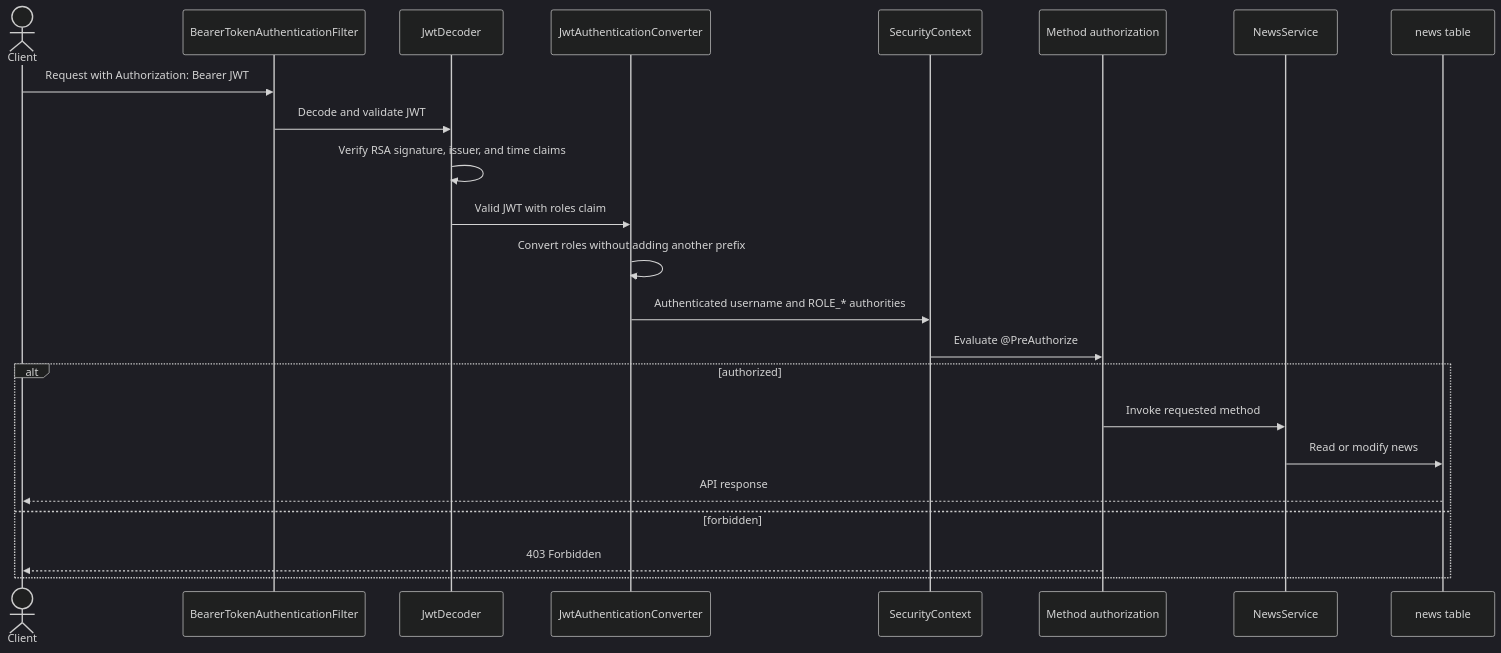
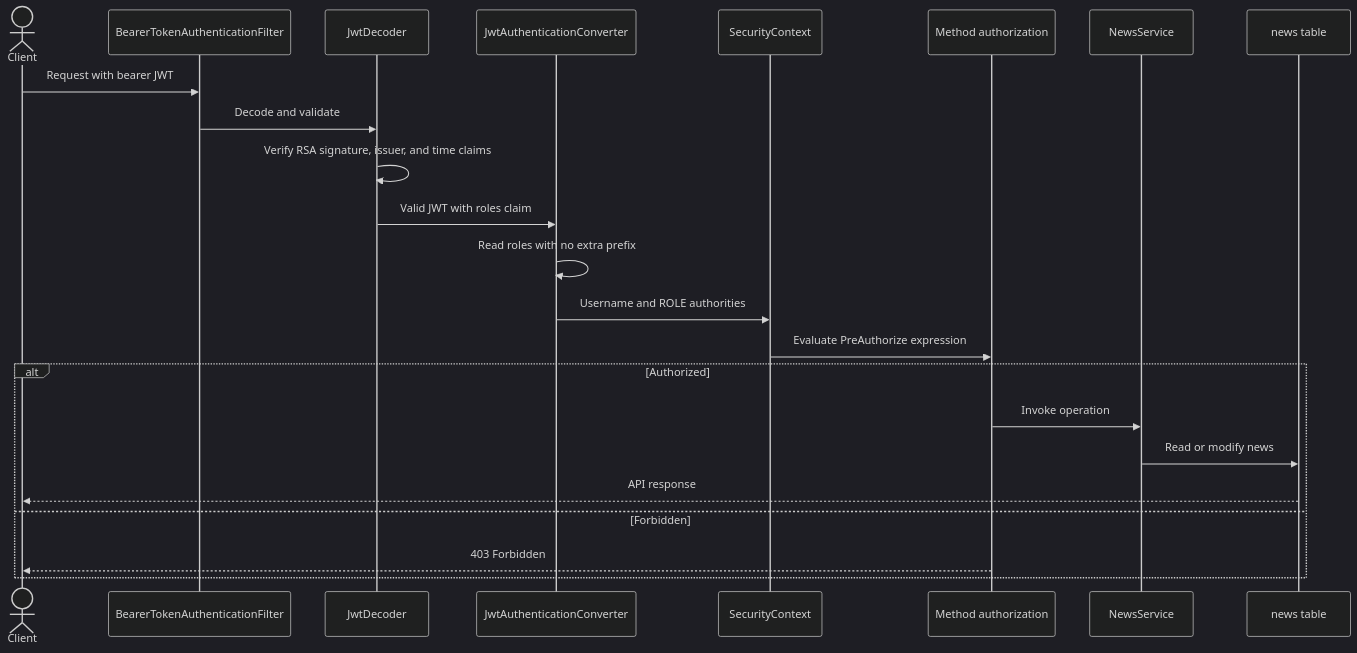
Before and after one commit to predat-r/news-api: the eighth of 8 diagrams in docs/authentication-flow.md, drawn with Mermaid (dark theme). The commit also changed other lines of this file, not shown here.

Commit message:
docs(auth): update authentication flows and OAuth identity loading

````diff
--- a/docs/authentication-flow.md
+++ b/docs/authentication-flow.md
@@ -253,26 +453,26 @@
 ```mermaid
 sequenceDiagram
     actor Client
     participant Filter as BearerTokenAuthenticationFilter
     participant Decoder as JwtDecoder
     participant Converter as JwtAuthenticationConverter
     participant Context as SecurityContext
     participant Authz as Method authorization
-    participant Service as NewsService
-    participant DB as news table
+    participant NewsSvc as NewsService
+    participant NewsDB as news table
 
-    Client->>Filter: Request with Authorization: Bearer JWT
-    Filter->>Decoder: Decode and validate JWT
+    Client->>Filter: Request with bearer JWT
+    Filter->>Decoder: Decode and validate
     Decoder->>Decoder: Verify RSA signature, issuer, and time claims
     Decoder->>Converter: Valid JWT with roles claim
-    Converter->>Converter: Convert roles without adding another prefix
-    Converter->>Context: Authenticated username and ROLE_* authorities
-    Context->>Authz: Evaluate @PreAuthorize
-    alt authorized
-        Authz->>Service: Invoke requested method
-        Service->>DB: Read or modify news
-        DB-->>Client: API response
-    else forbidden
+    Converter->>Converter: Read roles with no extra prefix
+    Converter->>Context: Username and ROLE authorities
+    Context->>Authz: Evaluate PreAuthorize expression
+    alt Authorized
+        Authz->>NewsSvc: Invoke operation
+        NewsSvc->>NewsDB: Read or modify news
+        NewsDB-->>Client: API response
+    else Forbidden
         Authz-->>Client: 403 Forbidden
     end
 ```
````
